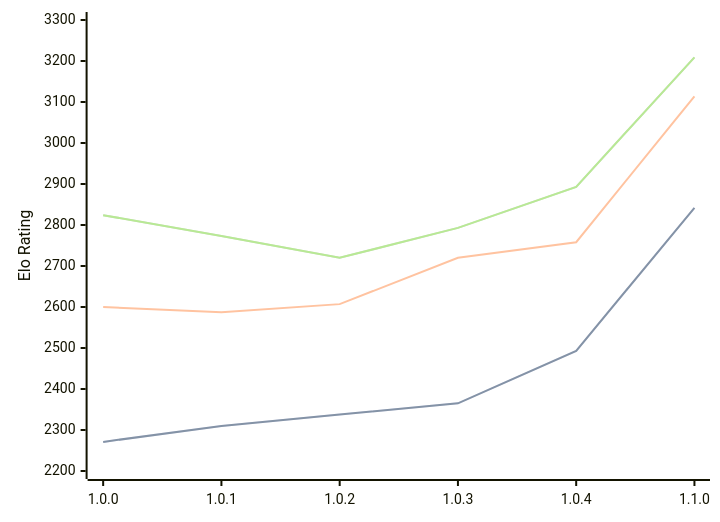
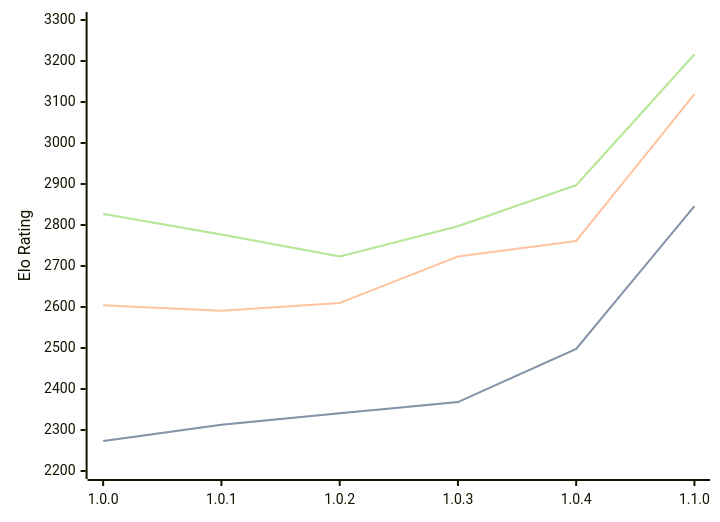
One commit to computer-chess-index/cci changed the diagram in engines/Grail.md. Above: the diagram before and after it, drawn with Mermaid. The commit also changed other lines of this file, not shown here.

Commit message:
Update CCI Ratings (ELO VLTC) - 2026-04-30

````diff
--- a/engines/Grail.md
+++ b/engines/Grail.md
@@ -36,11 +36,11 @@
 ```mermaid
 %%{init: {"theme":"base","themeVariables":{"seriesColors:['#a3a3a3','#222221','#faa371']}}}%%
 xychart-beta
   x-axis ["1.0.0", "1.0.1", "1.0.2", "1.0.3", "1.0.4", "1.1.0"]
   y-axis "Elo Rating" 2200 --> 3300
-  line "STC (8.0+0.08s)" [2271, 2310, 2338, 2365, 2493, 2842]
-  line "STC (8.0+0.08s)" [2271, 2310, 2338, 2365, 2493, 2842]
-  line "LTC (60.0+0.60s)" [2600, 2587, 2607, 2720, 2758, 3114]
-  line "VLTC (2m24s+1.12s)" [2824, 2773, 2720, 2793, 2893, 3209]
-  line "VLTC (2m24s+1.12s)" [2824, 2773, 2720, 2793, 2893, 3209]
+  line "STC (8.0+0.08s)" [2273, 2313, 2341, 2368, 2498, 2846]
+  line "STC (8.0+0.08s)" [2273, 2313, 2341, 2368, 2498, 2846]
+  line "LTC (60.0+0.60s)" [2604, 2591, 2610, 2723, 2761, 3119]
+  line "VLTC (2m24s+1.12s)" [2827, 2777, 2723, 2797, 2897, 3216]
+  line "VLTC (2m24s+1.12s)" [2827, 2777, 2723, 2797, 2897, 3216]
 ```
````
